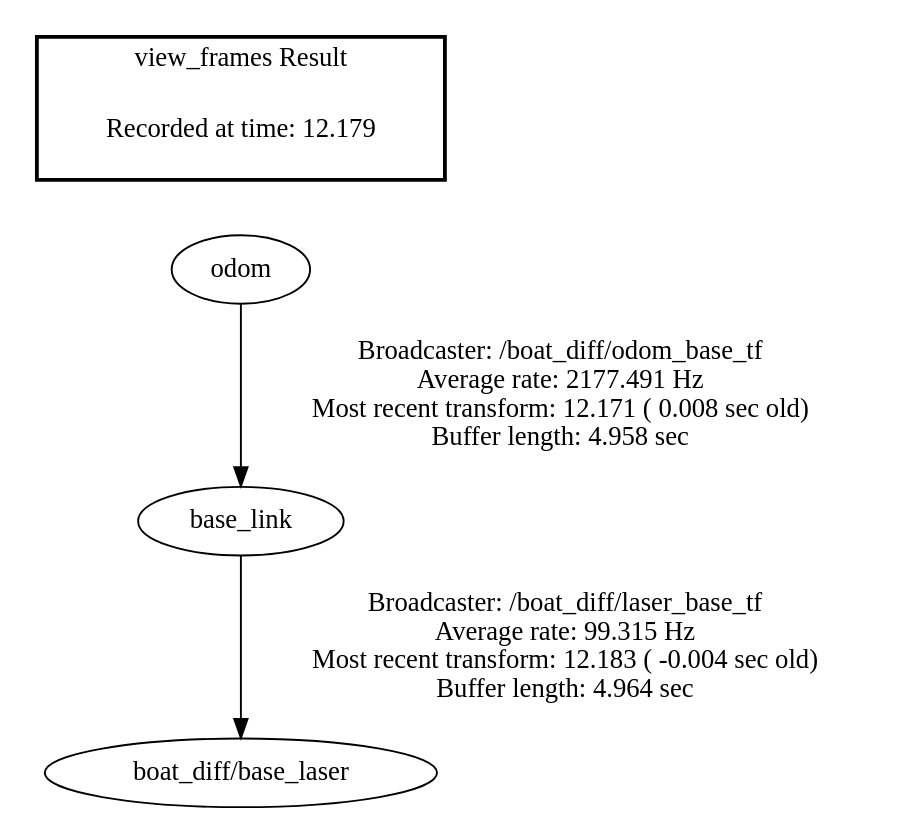
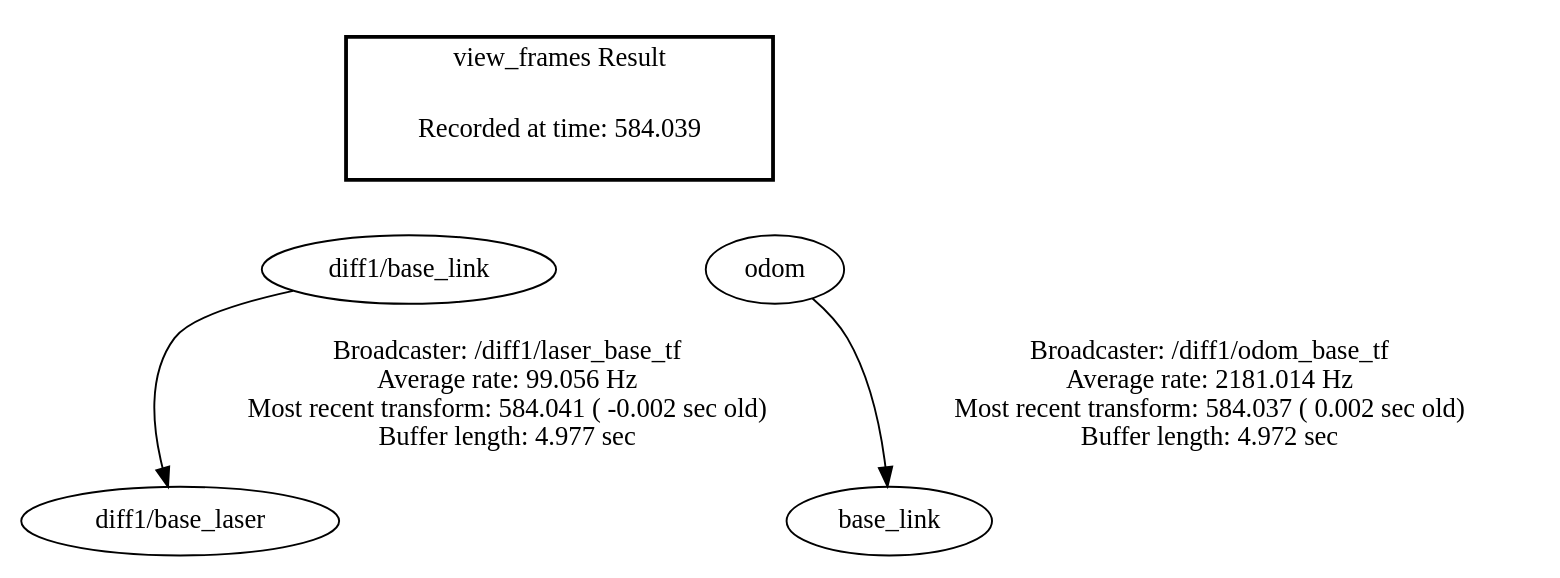
One commit to disaster-robotics-proalertas/usv_sim_lsa changed the diagram in src/usv_tf/frames/frames.gv. Above: the diagram before and after it, drawn with Graphviz. The commit also changed 3 other files, not shown here.

```diff
--- a/src/usv_tf/frames/frames.gv
+++ b/src/usv_tf/frames/frames.gv
@@ -1,8 +1,12 @@
 digraph G {
-"base_link" -> "boat_diff/base_laser"[label="Broadcaster: /boat_diff/laser_base_tf\nAverage rate: 99.315 Hz\nMost recent transform: 12.183 ( -0.004 sec old)\nBuffer length: 4.964 sec\n"];
-"odom" -> "base_link"[label="Broadcaster: /boat_diff/odom_base_tf\nAverage rate: 2177.491 Hz\nMost recent transform: 12.171 ( 0.008 sec old)\nBuffer length: 4.958 sec\n"];
+"diff1/base_link" -> "diff1/base_laser"[label="Broadcaster: /diff1/laser_base_tf\nAverage rate: 99.056 Hz\nMost recent transform: 584.041 ( -0.002 sec old)\nBuffer length: 4.977 sec\n"];
+"odom" -> "base_link"[label="Broadcaster: /diff1/odom_base_tf\nAverage rate: 2181.014 Hz\nMost recent transform: 584.037 ( 0.002 sec old)\nBuffer length: 4.972 sec\n"];
 edge [style=invis];
  subgraph cluster_legend { style=bold; color=black; label ="view_frames Result";
-"Recorded at time: 12.179"[ shape=plaintext ] ;
+"Recorded at time: 584.039"[ shape=plaintext ] ;
+ }->"diff1/base_link";
+edge [style=invis];
+ subgraph cluster_legend { style=bold; color=black; label ="view_frames Result";
+"Recorded at time: 584.039"[ shape=plaintext ] ;
  }->"odom";
 }
```
